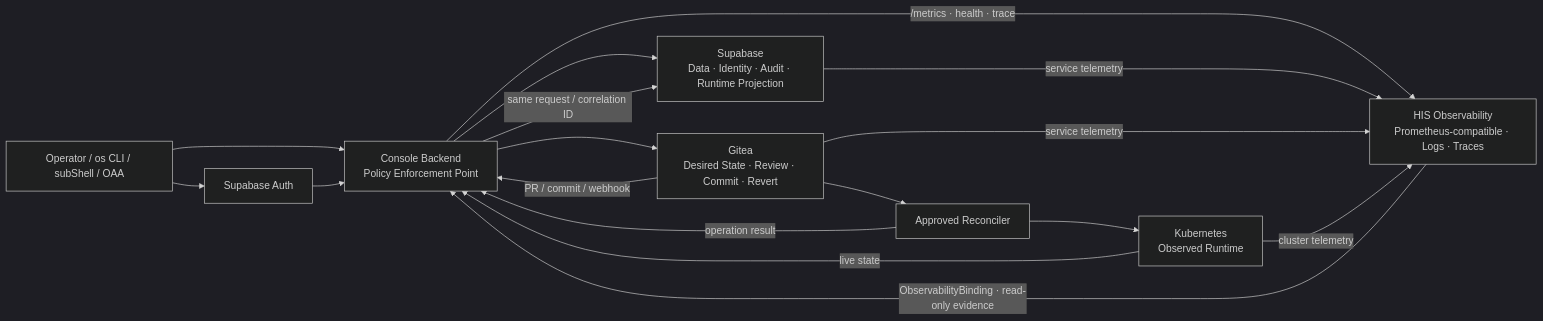
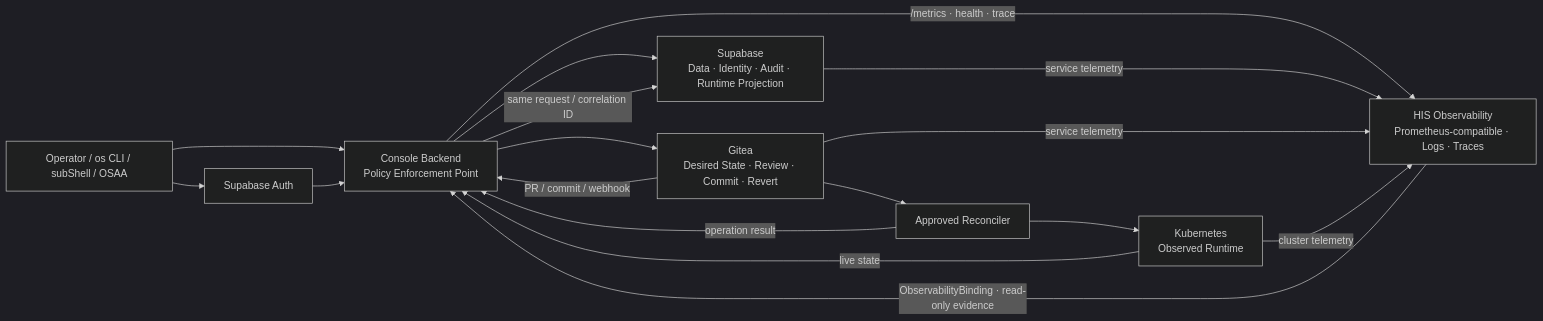
Before and after one commit to opensphere-platform/OpenSphere-console: the diagram in docs/PLAN-CONSOLE-PLATFORM-CONTROL-PLANE-V2-2026-07-22.md, drawn with Mermaid (dark theme). The commit also changed other lines of this file and 163 other files, not shown here.

````diff
--- a/docs/PLAN-CONSOLE-PLATFORM-CONTROL-PLANE-V2-2026-07-22.md
+++ b/docs/PLAN-CONSOLE-PLATFORM-CONTROL-PLANE-V2-2026-07-22.md
@@ -167,20 +167,20 @@
 ```mermaid
 flowchart LR
-  OP["Operator / os CLI / subShell / OAA"] --> AUTH["Supabase Auth"]
+  OP["Operator / os CLI / subShell / OSAA"] --> AUTH["Supabase Auth"]
   OP --> BE["Console Backend\nPolicy Enforcement Point"]
   AUTH --> BE
   BE --> SB["Supabase\nData · Identity · Audit · Runtime Projection"]
   BE --> G["Gitea\nDesired State · Review · Commit · Revert"]
   G --> R["Approved Reconciler"]
   R --> K["Kubernetes\nObserved Runtime"]
   H["HIS Observability\nPrometheus-compatible · Logs · Traces"]
   G -->|"PR / commit / webhook"| BE
   R -->|"operation result"| BE
   K -->|"live state"| BE
   BE -->|"same request / correlation ID"| SB
   BE -->|"/metrics · health · trace"| H
   SB -->|"service telemetry"| H
   G -->|"service telemetry"| H
   K -->|"cluster telemetry"| H
   H -->|"ObservabilityBinding · read-only evidence"| BE
 ```
````
